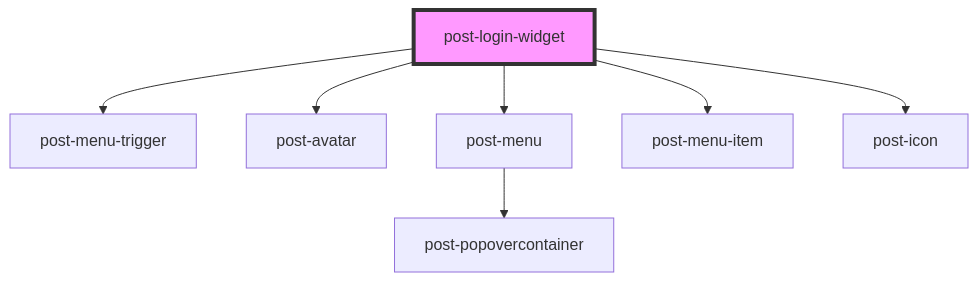
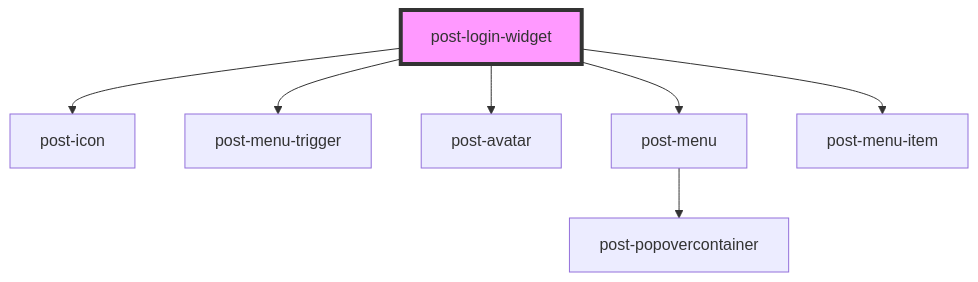
One commit to swisspost/design-system changed the diagram in packages/components/src/components/post-login-widget/readme.md. Above: the diagram before and after it, drawn with Mermaid. The commit also changed other lines of this file, not shown here.

````diff
--- a/packages/components/src/components/post-login-widget/readme.md
+++ b/packages/components/src/components/post-login-widget/readme.md
@@ -39,10 +39,10 @@
 ```mermaid
 graph TD;
+  post-login-widget --> post-icon
   post-login-widget --> post-menu-trigger
   post-login-widget --> post-avatar
   post-login-widget --> post-menu
   post-login-widget --> post-menu-item
-  post-login-widget --> post-icon
   post-menu --> post-popovercontainer
   style post-login-widget fill:#f9f,stroke:#333,stroke-width:4px
 ```
````
